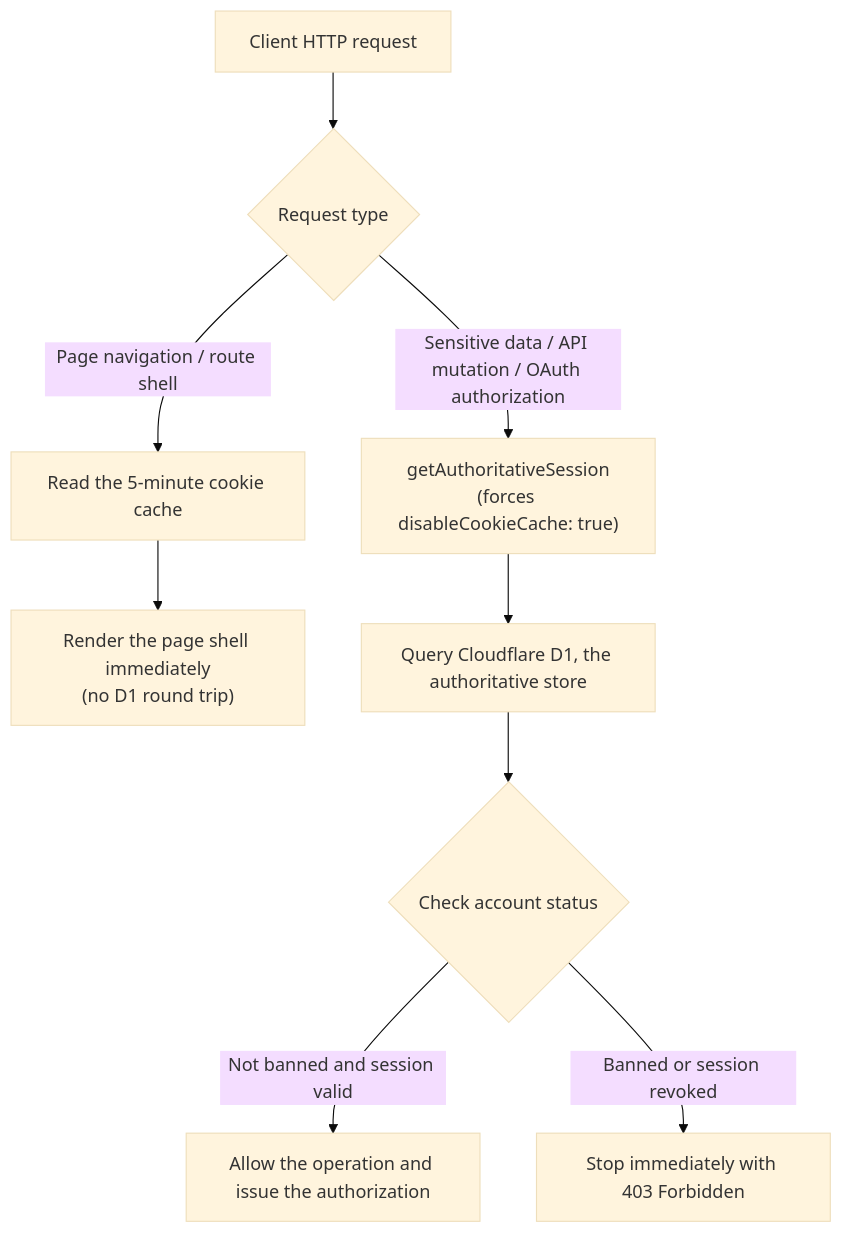
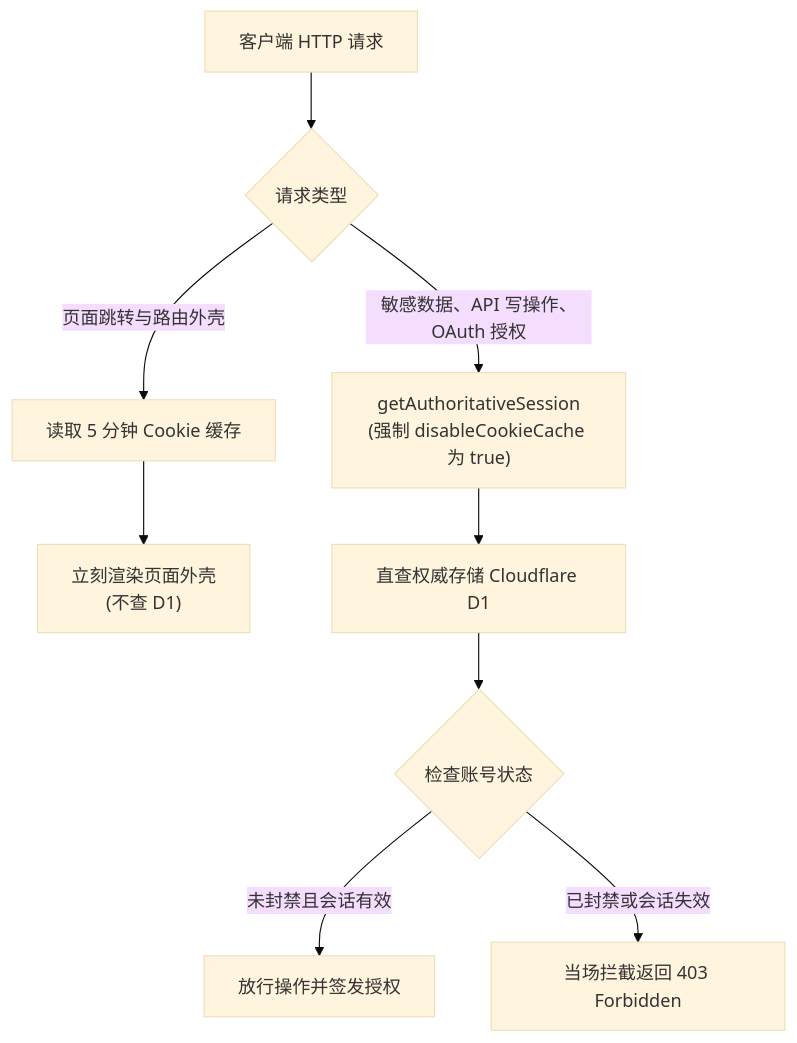
The second of 3 diagrams in src/content/posts/easy-auth.md (Jazee6/astro-blur), drawn with Mermaid (base theme) before and after one commit. The commit also changed other lines of this file and 18 other files, not shown here.

````diff
--- a/src/content/posts/easy-auth.md
+++ b/src/content/posts/easy-auth.md
@@ -202,13 +189,13 @@
 ```mermaid
 flowchart TD
-    Req["Client HTTP request"] --> CheckType{"Request type"}
+    Req["客户端 HTTP 请求"] --> CheckType{"请求类型"}
 
-    CheckType -->|Page navigation / route shell| CachedPath["Read the 5-minute cookie cache"]
-    CachedPath --> Render["Render the page shell immediately<br/>(no D1 round trip)"]
+    CheckType -->|页面跳转与路由外壳| CachedPath["读取 5 分钟 Cookie 缓存"]
+    CachedPath --> Render["立刻渲染页面外壳<br/>(不查 D1)"]
 
-    CheckType -->|Sensitive data / API mutation / OAuth authorization| AuthPath["getAuthoritativeSession<br/>(forces disableCookieCache: true)"]
-    AuthPath --> QueryD1["Query Cloudflare D1, the authoritative store"]
-    QueryD1 --> CheckBan{"Check account status"}
-    CheckBan -->|Not banned and session valid| Allow["Allow the operation and issue the authorization"]
-    CheckBan -->|Banned or session revoked| Reject["Stop immediately with 403 Forbidden"]
+    CheckType -->|敏感数据、API 写操作、OAuth 授权| AuthPath["getAuthoritativeSession<br/>(强制 disableCookieCache 为 true)"]
+    AuthPath --> QueryD1["直查权威存储 Cloudflare D1"]
+    QueryD1 --> CheckBan{"检查账号状态"}
+    CheckBan -->|未封禁且会话有效| Allow["放行操作并签发授权"]
+    CheckBan -->|已封禁或会话失效| Reject["当场拦截返回 403 Forbidden"]
 ```
````
